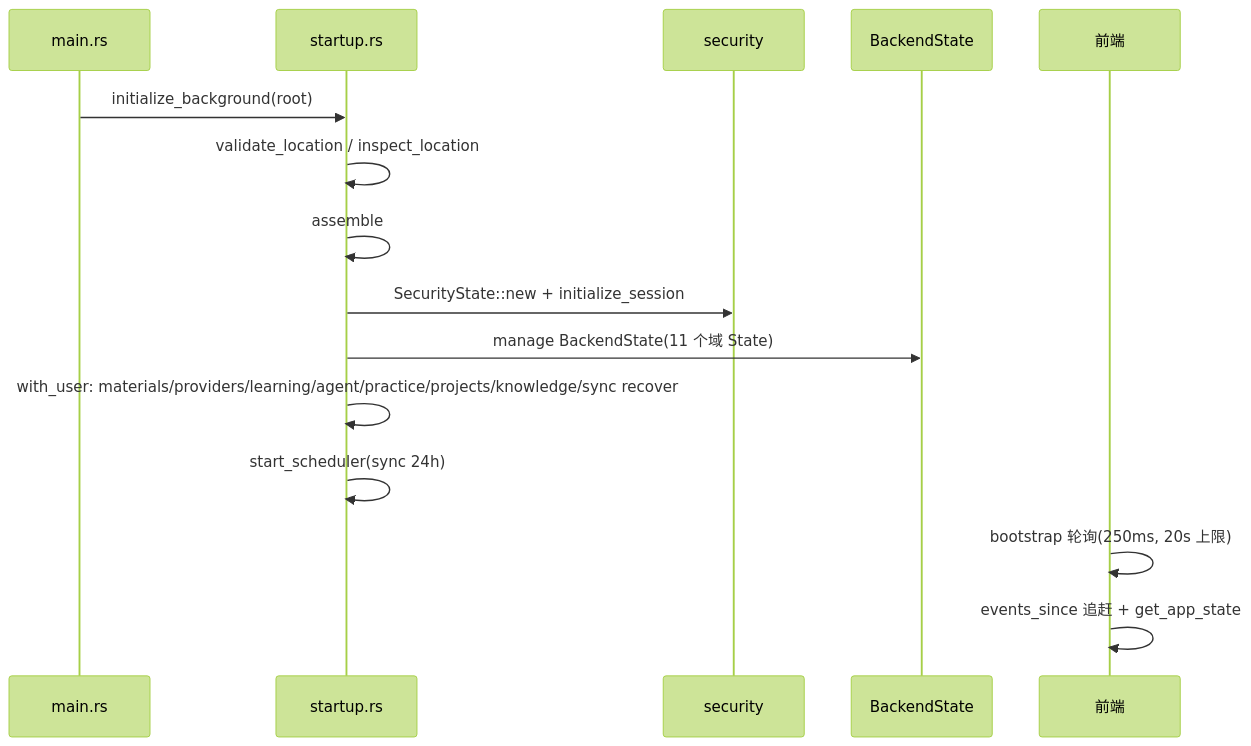
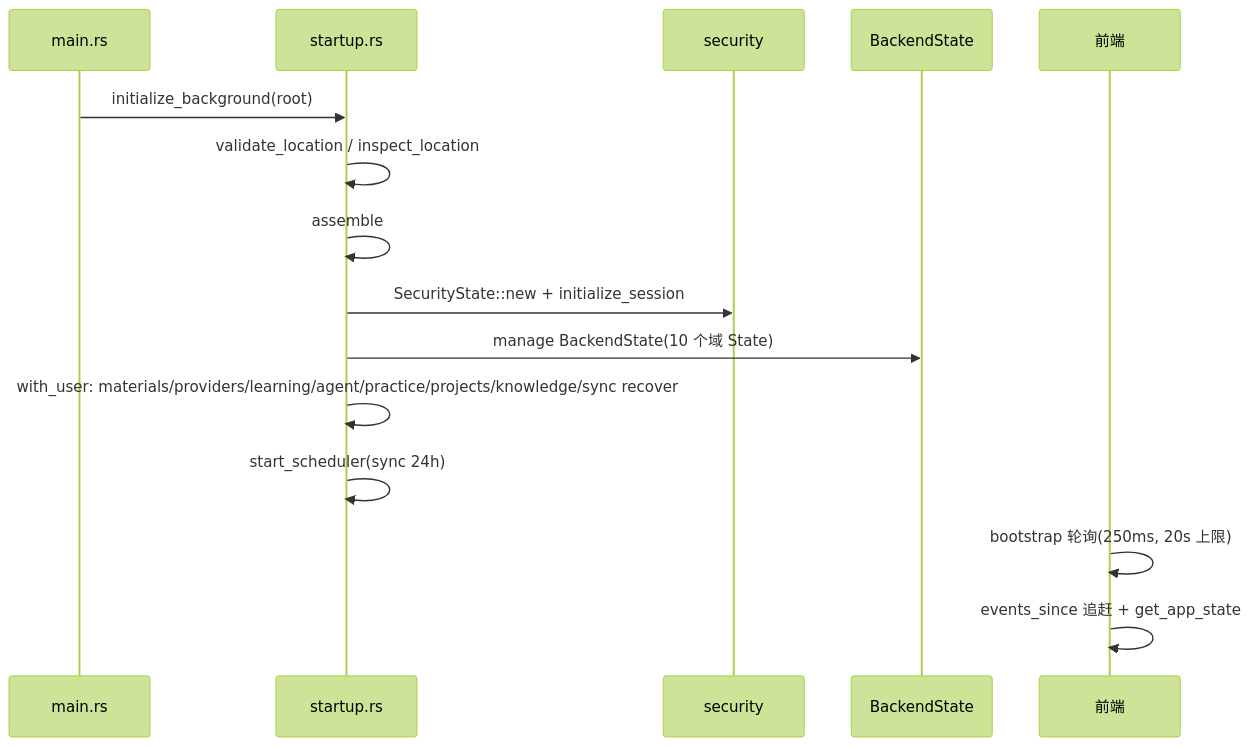
The first of 23 diagrams in docs/architecture/02-operation-principles.md (hershate/Deep-tutor), drawn with Mermaid (forest theme) before and after one commit. The commit also changed other lines of this file and 26 other files, not shown here.

````diff
--- a/docs/architecture/02-operation-principles.md
+++ b/docs/architecture/02-operation-principles.md
@@ -7,17 +7,17 @@
 ```mermaid
 sequenceDiagram
     participant M as main.rs
     participant SU as startup.rs
     participant SEC as security
     participant B as BackendState
     participant FE as 前端
     M->>SU: initialize_background(root)
     SU->>SU: validate_location / inspect_location
     SU->>SU: assemble
     SU->>SEC: SecurityState::new + initialize_session
-    SU->>B: manage BackendState(11 个域 State)
+    SU->>B: manage BackendState(10 个域 State)
     SU->>SU: with_user: materials/providers/learning/agent/practice/projects/knowledge/sync recover
     SU->>SU: start_scheduler(sync 24h)
     FE->>FE: bootstrap 轮询(250ms, 20s 上限)
     FE->>FE: events_since 追赶 + get_app_state
 ```
````
